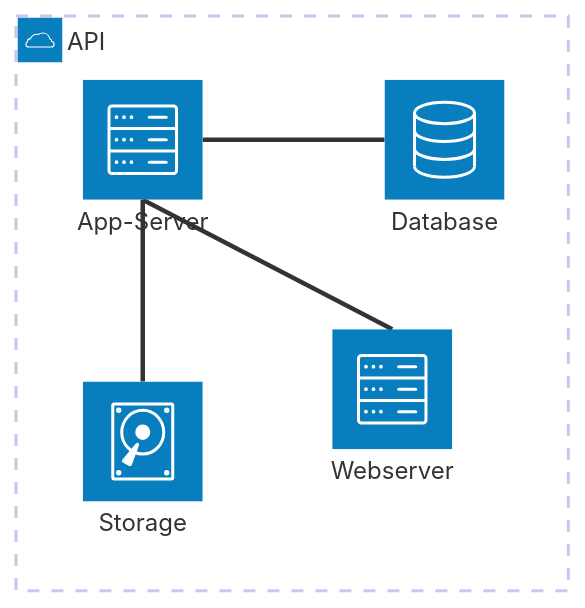
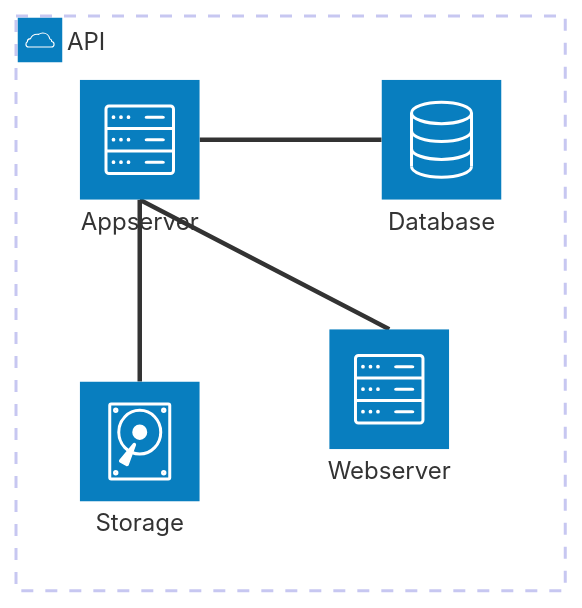
One commit to Zheng-Bote/repo-template changed the fifth of 5 diagrams in README.md. Above: the diagram before and after it, drawn with Mermaid. The commit also changed other lines of this file, not shown here.

````diff
--- a/README.md
+++ b/README.md
@@ -256,13 +259,13 @@
 ```mermaid
 architecture-beta
     group api(cloud)[API]
 
     service db(database)[Database] in api
     service server0(server)[Webserver] in api
     service disk2(disk)[Storage] in api
-    service server(server)["App-Server"] in api
+    service server(server)[Appserver] in api
 
     db:L -- R:server
     server0:T -- B:server
     disk2:T -- B:server
 ```
````
